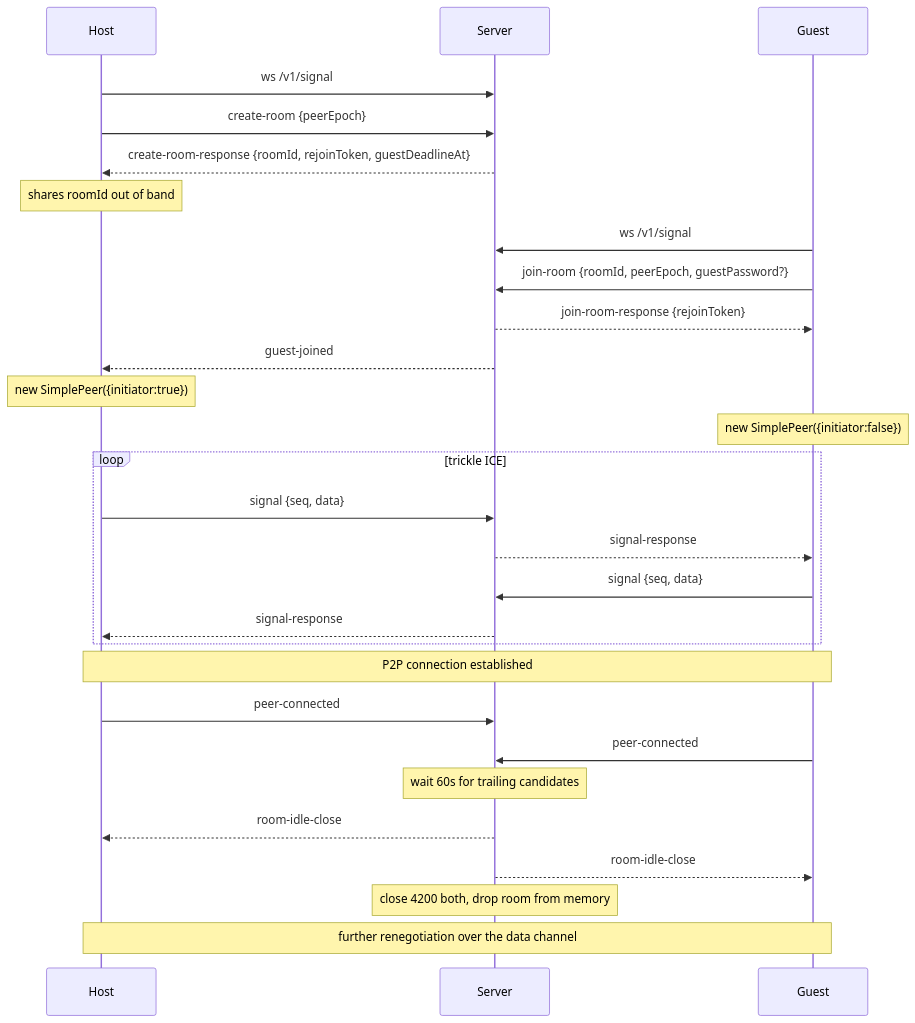
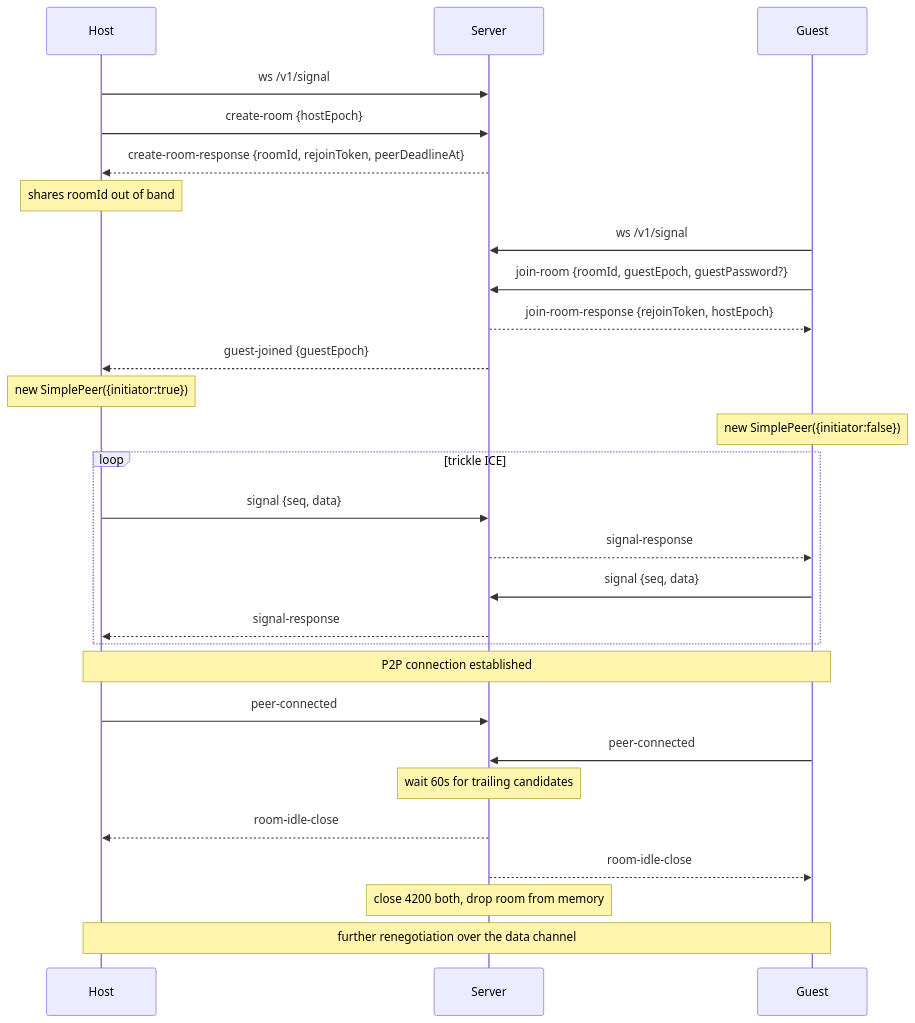
The first of 2 diagrams in docs/DESIGN.md (kku1993/simple-webrtc), drawn with Mermaid before and after one commit. The commit also changed other lines of this file, not shown here.

````diff
--- a/docs/DESIGN.md
+++ b/docs/DESIGN.md
@@ -563,34 +662,34 @@
 ```mermaid
 sequenceDiagram
     participant H as Host
     participant S as Server
     participant G as Guest
 
     H->>S: ws /v1/signal
-    H->>S: create-room {peerEpoch}
-    S-->>H: create-room-response {roomId, rejoinToken, guestDeadlineAt}
+    H->>S: create-room {hostEpoch}
+    S-->>H: create-room-response {roomId, rejoinToken, peerDeadlineAt}
     Note over H: shares roomId out of band
 
     G->>S: ws /v1/signal
-    G->>S: join-room {roomId, peerEpoch, guestPassword?}
-    S-->>G: join-room-response {rejoinToken}
-    S-->>H: guest-joined
+    G->>S: join-room {roomId, guestEpoch, guestPassword?}
+    S-->>G: join-room-response {rejoinToken, hostEpoch}
+    S-->>H: guest-joined {guestEpoch}
     Note over H: new SimplePeer({initiator:true})
     Note over G: new SimplePeer({initiator:false})
 
     loop trickle ICE
         H->>S: signal {seq, data}
         S-->>G: signal-response
         G->>S: signal {seq, data}
         S-->>H: signal-response
     end
 
     Note over H,G: P2P connection established
     H->>S: peer-connected
     G->>S: peer-connected
     Note over S: wait 60s for trailing candidates
     S-->>H: room-idle-close
     S-->>G: room-idle-close
     Note over S: close 4200 both, drop room from memory
     Note over H,G: further renegotiation over the data channel
 ```
````
